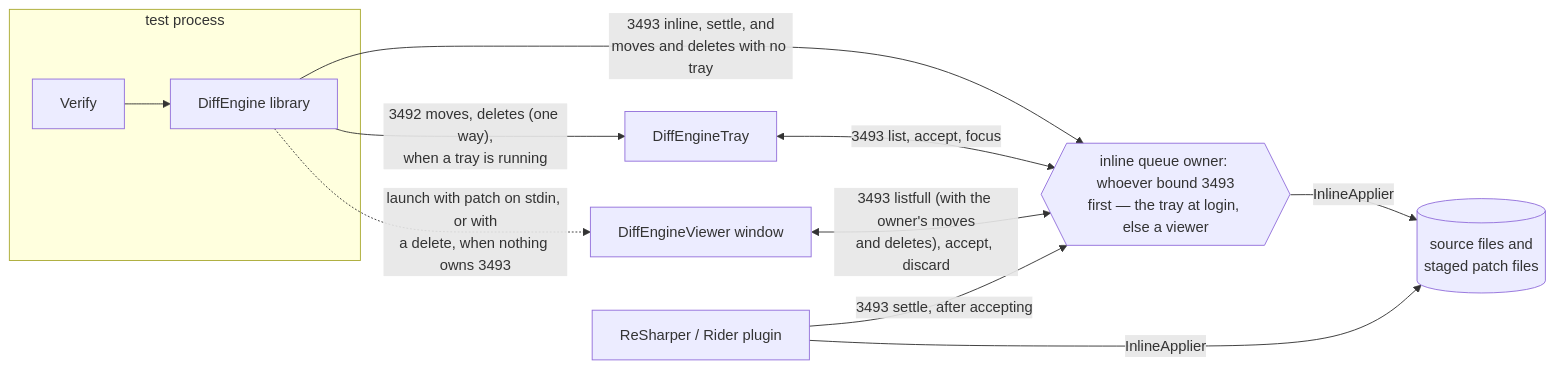
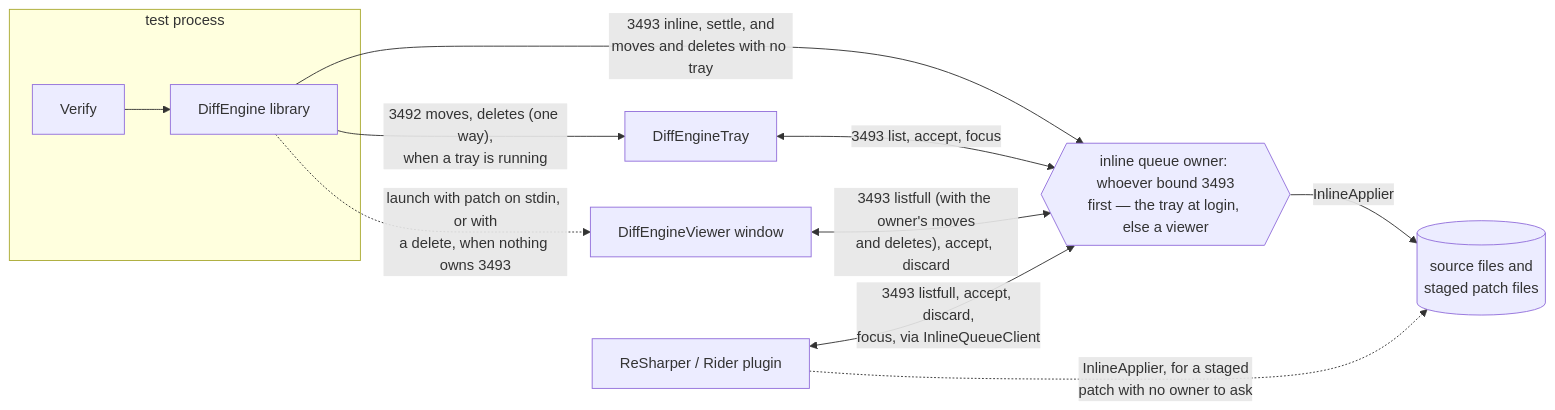
One commit to VerifyTests/DiffEngine changed the first of 2 diagrams in docs/inline.md. Above: the diagram before and after it, drawn with Mermaid. The commit also changed other lines of this file and 5 other files, not shown here.

````diff
--- a/docs/inline.md
+++ b/docs/inline.md
@@ -17,20 +17,20 @@
 ```mermaid
 flowchart LR
     subgraph Test["test process"]
         Verify["Verify"] --> Engine["DiffEngine library"]
     end
     Tray["DiffEngineTray"]
     Window["DiffEngineViewer window"]
     Plugin["ReSharper / Rider plugin"]
     Owner{{"inline queue owner: whoever bound 3493<br/>first — the tray at login, else a viewer"}}
     Files[("source files and<br/>staged patch files")]
 
     Engine -->|"3492 moves, deletes (one way),<br/>when a tray is running"| Tray
     Engine -->|"3493 inline, settle, and<br/>moves and deletes with no tray"| Owner
     Engine -.->|"launch with patch on stdin, or with<br/>a delete, when nothing owns 3493"| Window
     Tray <-->|"3493 list, accept, focus"| Owner
     Window <-->|"3493 listfull (with the owner's moves<br/>and deletes), accept, discard"| Owner
-    Plugin -->|"3493 settle, after accepting"| Owner
+    Plugin <-->|"3493 listfull, accept, discard,<br/>focus, via InlineQueueClient"| Owner
     Owner -->|"InlineApplier"| Files
-    Plugin -->|"InlineApplier"| Files
+    Plugin -.->|"InlineApplier, for a staged<br/>patch with no owner to ask"| Files
 ```
````
